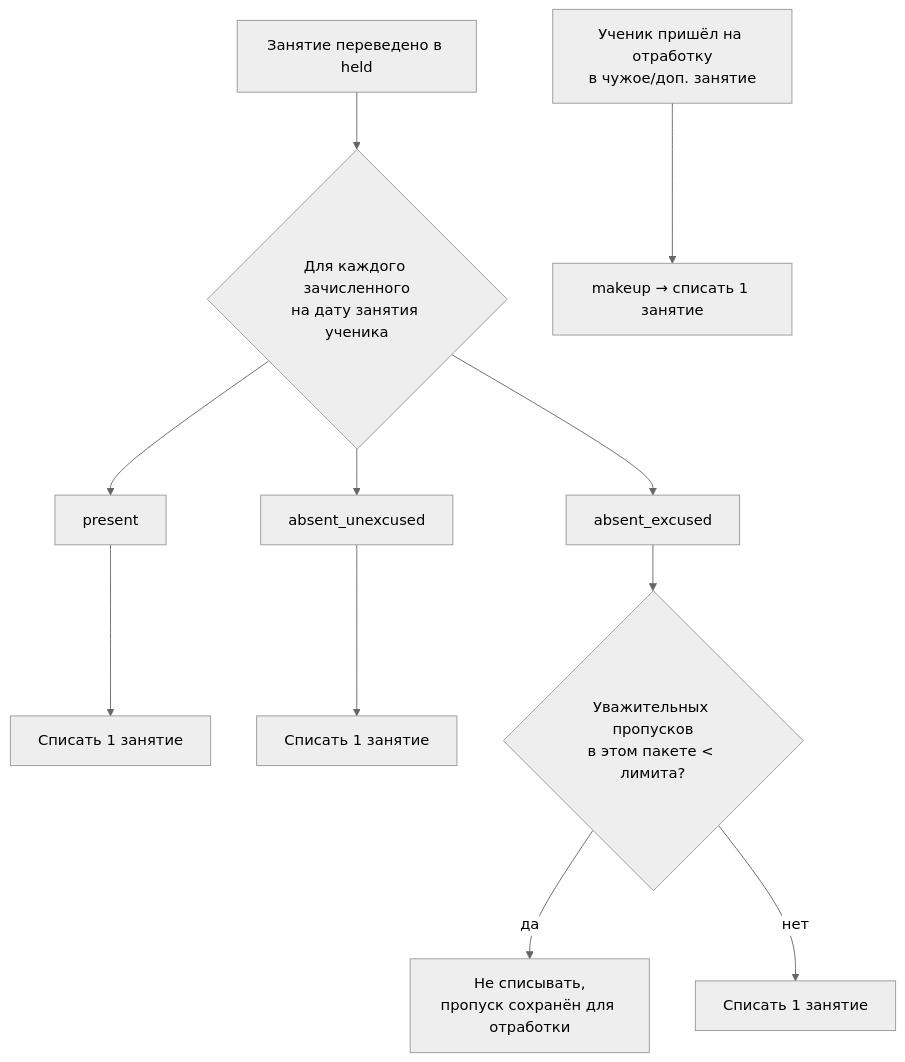
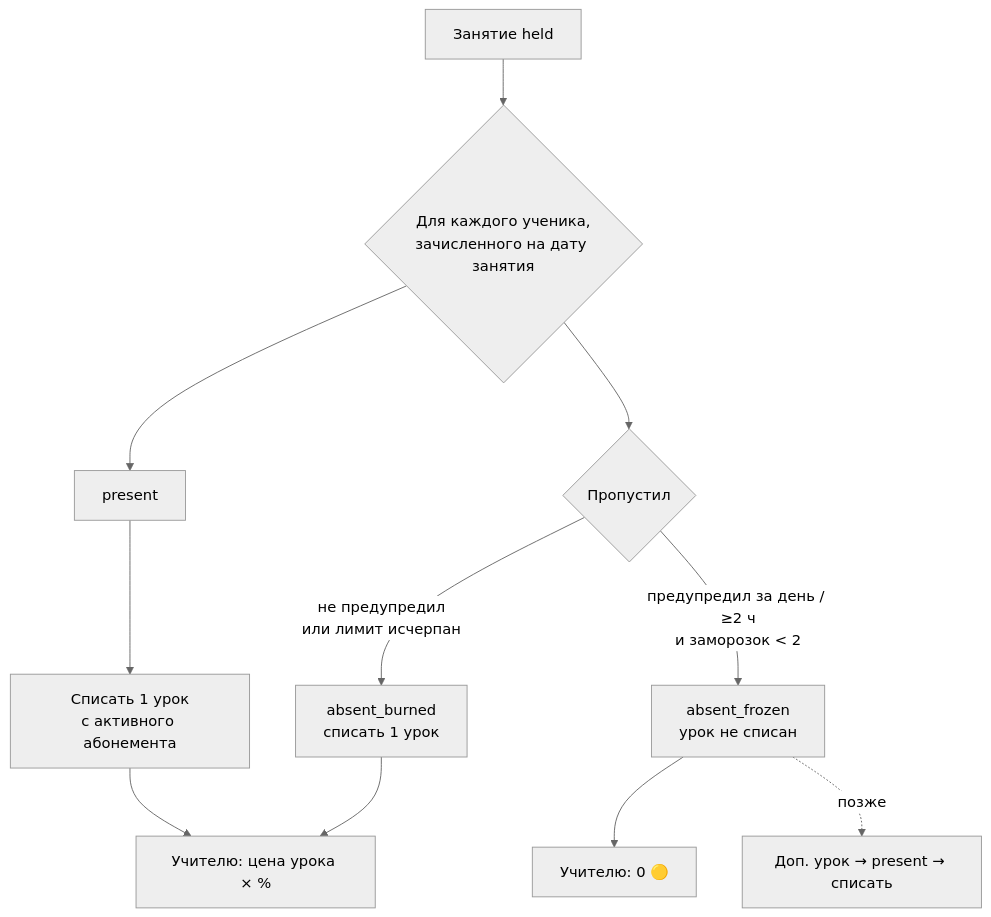
The third of 3 diagrams in docs/01-domain-model.md (Saitama7/iqup-tracker), drawn with Mermaid (neutral theme) before and after one commit. The commit also changed other lines of this file and 6 other files, not shown here.

````diff
--- a/docs/01-domain-model.md
+++ b/docs/01-domain-model.md
@@ -227,10 +240,12 @@
 ```mermaid
 flowchart TD
-    L[Занятие переведено в held] --> E{Для каждого зачисленного<br/>на дату занятия ученика}
-    E --> P[present] --> C1[Списать 1 занятие]
-    E --> U[absent_unexcused] --> C2[Списать 1 занятие]
-    E --> X[absent_excused] --> Q{Уважительных пропусков<br/>в этом пакете < лимита?}
-    Q -->|да| N[Не списывать,<br/>пропуск сохранён для отработки]
-    Q -->|нет| C3[Списать 1 занятие]
-    M[Ученик пришёл на отработку<br/>в чужое/доп. занятие] --> MK[makeup → списать 1 занятие]
+    L[Занятие held] --> E{Для каждого ученика,<br/>зачисленного на дату занятия}
+    E --> P[present] --> C1[Списать 1 урок<br/>с активного абонемента]
+    E --> A{Пропустил}
+    A -->|предупредил за день / ≥2 ч<br/>и заморозок < 2| F[absent_frozen<br/>урок не списан]
+    A -->|не предупредил<br/>или лимит исчерпан| B[absent_burned<br/>списать 1 урок]
+    C1 --> T[Учителю: цена урока × %]
+    B --> T
+    F --> N[Учителю: 0 🟡]
+    F -.->|позже| X[Доп. урок → present → списать]
 ```
````
